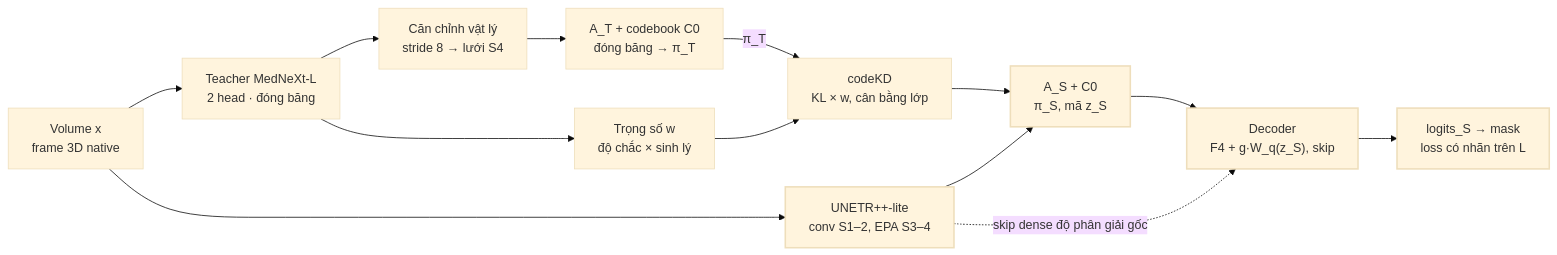
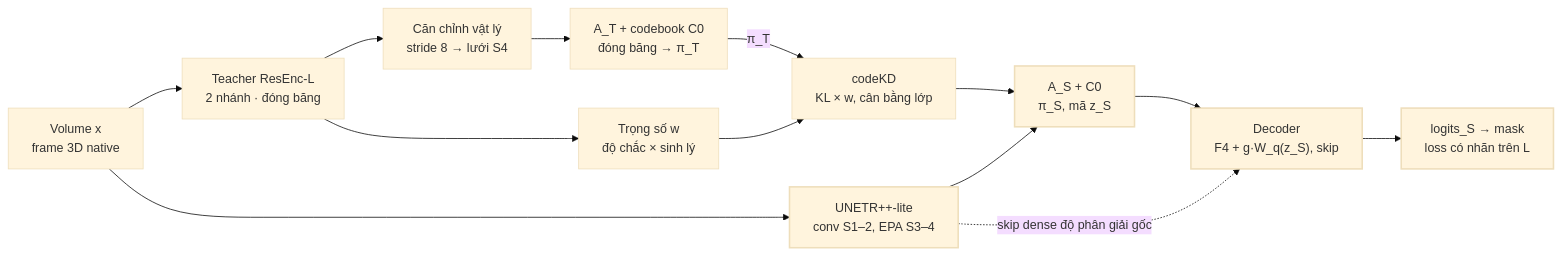
Before and after one commit to QuocKhanhLuong/Self-Audit: the diagram in docs/CANDIDATE_Q3D_SPEC.md, drawn with Mermaid (base theme). The commit also changed other lines of this file and 2 other files, not shown here.

Commit message:
docs(q3d): amend ResEnc teacher protocol and six-run decision scope

````diff
--- a/docs/CANDIDATE_Q3D_SPEC.md
+++ b/docs/CANDIDATE_Q3D_SPEC.md
@@ -31,14 +31,14 @@
 ```mermaid
 flowchart LR
-  X["Volume x<br/>frame 3D native"] --> T["Teacher MedNeXt-L<br/>2 head · đóng băng"]
+  X["Volume x<br/>frame 3D native"] --> T["Teacher ResEnc-L<br/>2 nhánh · đóng băng"]
   X --> E["UNETR++-lite<br/>conv S1–2, EPA S3–4"]
   T --> AL["Căn chỉnh vật lý<br/>stride 8 → lưới S4"] --> TK["A_T + codebook C0<br/>đóng băng → π_T"]
   T --> W["Trọng số w<br/>độ chắc × sinh lý"]
   TK -->|π_T| KD["codeKD<br/>KL × w, cân bằng lớp"]
   W --> KD
   KD --> AS
   E --> AS["A_S + C0<br/>π_S, mã z_S"] --> D["Decoder<br/>F4 + g·W_q(z_S), skip"] --> O["logits_S → mask<br/>loss có nhãn trên L"]
   E -. "skip dense độ phân giải gốc" .-> D
   classDef deploy stroke-width:2px;
   class E,AS,D,O deploy
 ```
````
